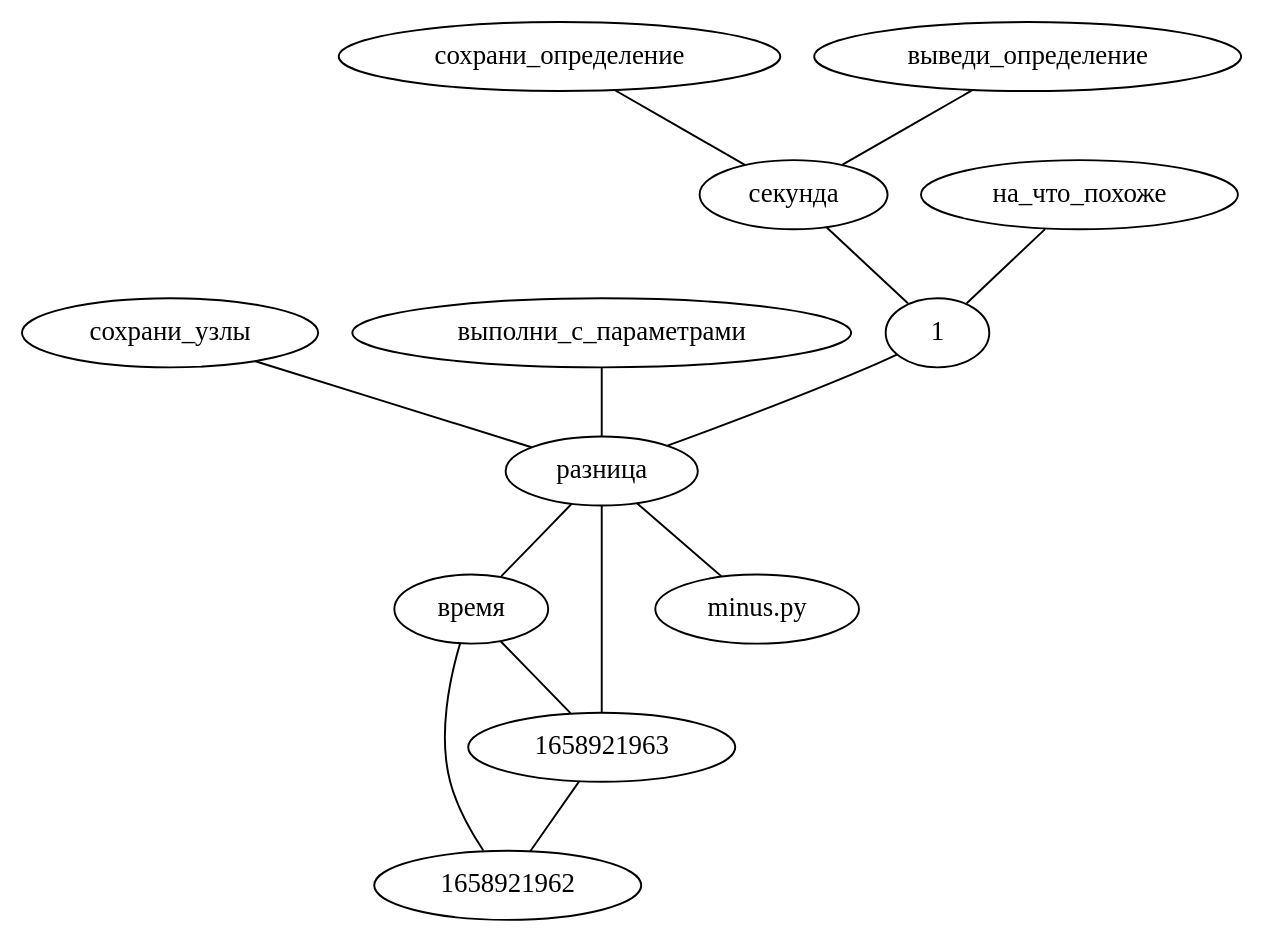
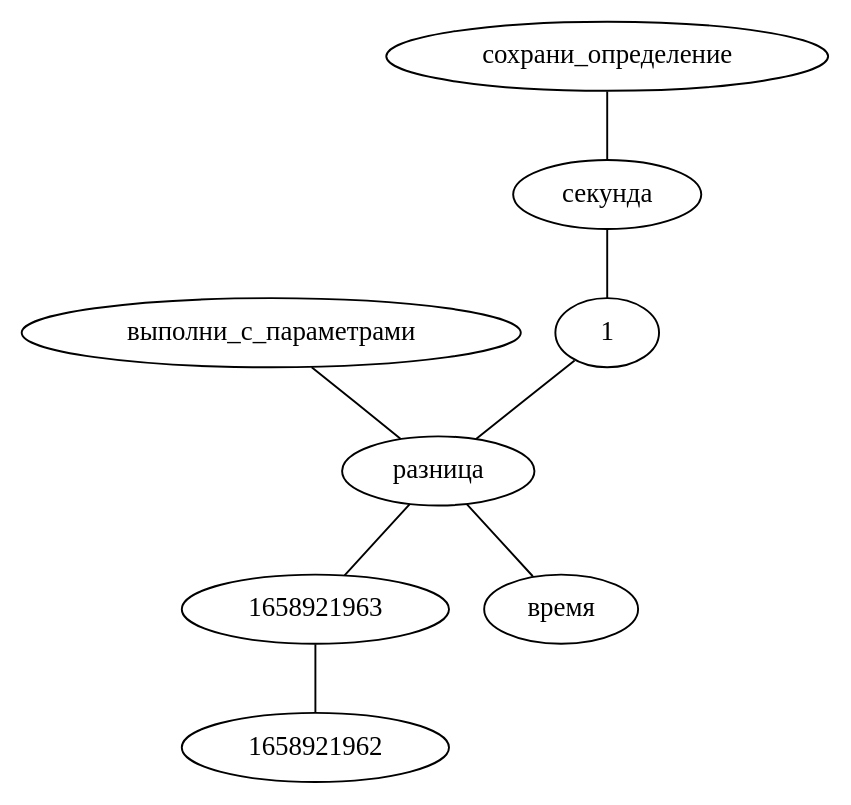
One commit to LeonovEvgenii/AGI changed the diagram in graphs/local_graph.dot. Above: the diagram before and after it, drawn with Graphviz. The commit also changed 11 other files, not shown here.

```diff
--- a/graphs/local_graph.dot
+++ b/graphs/local_graph.dot
@@ -1,15 +1,9 @@
 strict graph G {
-"время" -- "1658921962"
-"время" -- "1658921963"
-"сохрани_узлы" -- "разница"
-"разница" -- "minus.py"
 "выполни_с_параметрами" -- "разница"
 "разница" -- "1658921963"
 "1658921963" -- "1658921962"
 "сохрани_определение" -- "секунда"
 "секунда" -- "1"
 "1" -- "разница"
 "разница" -- "время"
-"выведи_определение" -- "секунда"
-"на_что_похоже" -- "1"
 }
```
